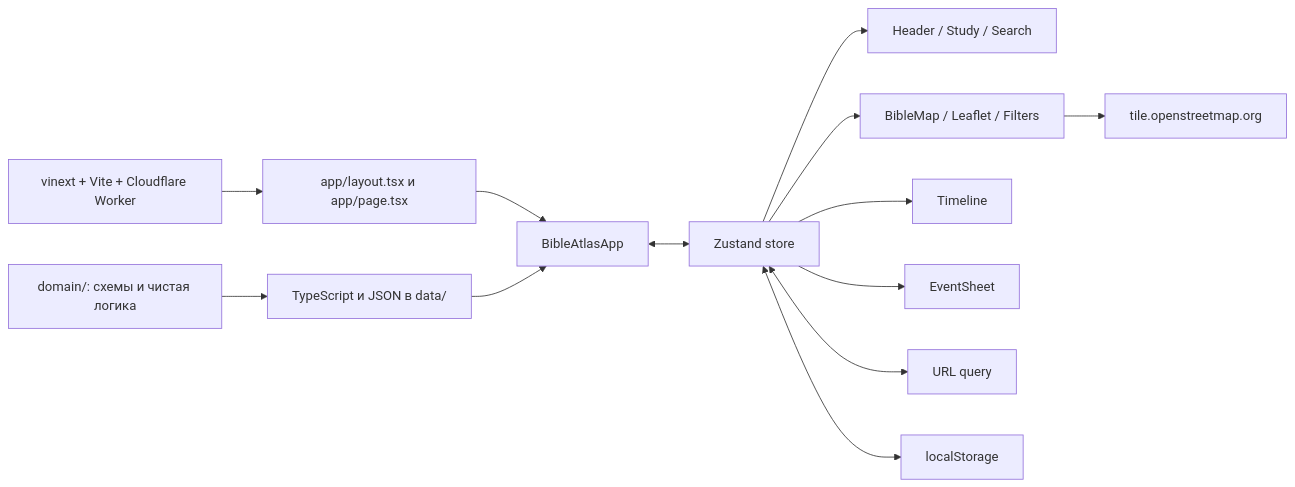
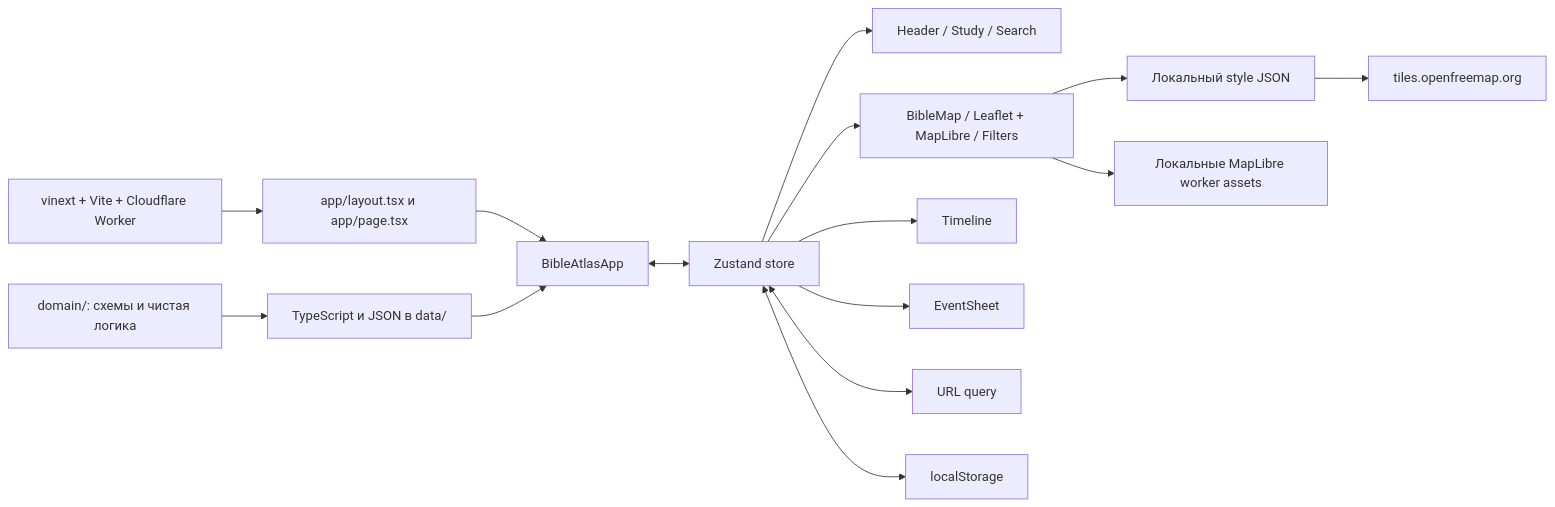
Before and after one commit to marakhin/interactive_bible_map: the diagram in PROJECT_DOCUMENTATION.md, drawn with Mermaid. The commit also changed other lines of this file and 37 other files, not shown here.

````diff
--- a/PROJECT_DOCUMENTATION.md
+++ b/PROJECT_DOCUMENTATION.md
@@ -64,15 +65,17 @@
 ```mermaid
 flowchart LR
     A[app/layout.tsx и app/page.tsx] --> B[BibleAtlasApp]
     D[TypeScript и JSON в data/] --> B
     T[domain/: схемы и чистая логика] --> D
     B <--> S[Zustand store]
     S --> U[Header / Study / Search]
-    S --> M[BibleMap / Leaflet / Filters]
+    S --> M[BibleMap / Leaflet + MapLibre / Filters]
     S --> L[Timeline]
     S --> E[EventSheet]
     S <--> Q[URL query]
     S <--> LS[localStorage]
-    M --> OSM[tile.openstreetmap.org]
+    M --> STYLE[Локальный style JSON]
+    STYLE --> OFM[tiles.openfreemap.org]
+    M --> WA[Локальные MapLibre worker assets]
     W[vinext + Vite + Cloudflare Worker] --> A
 ```
````
